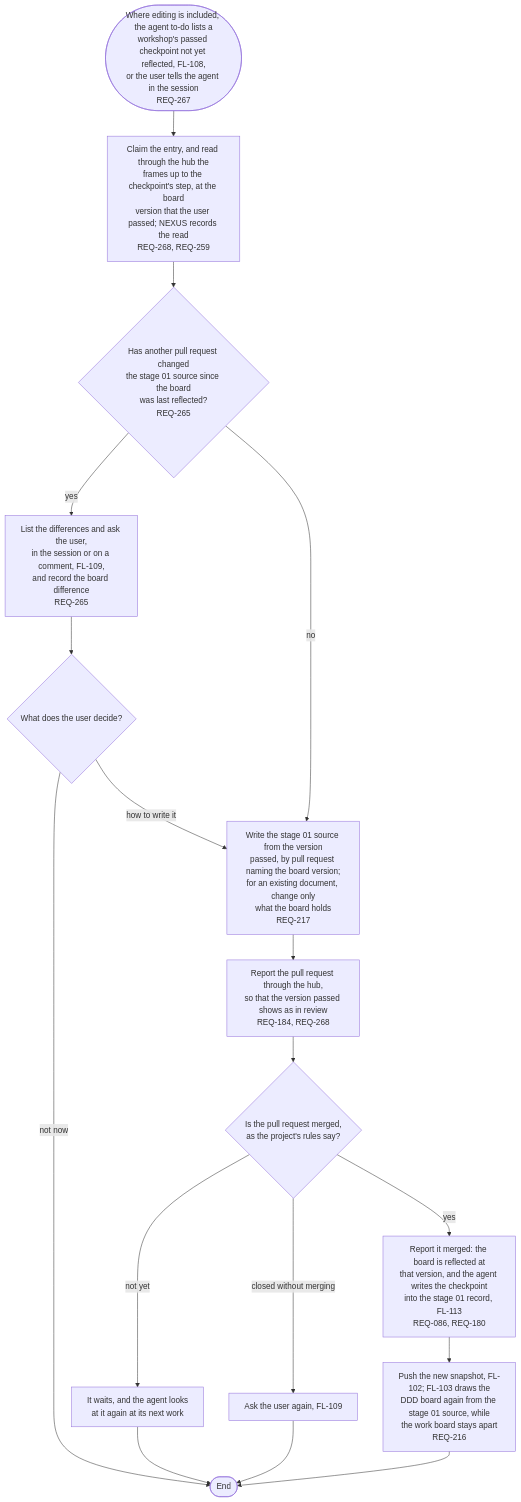
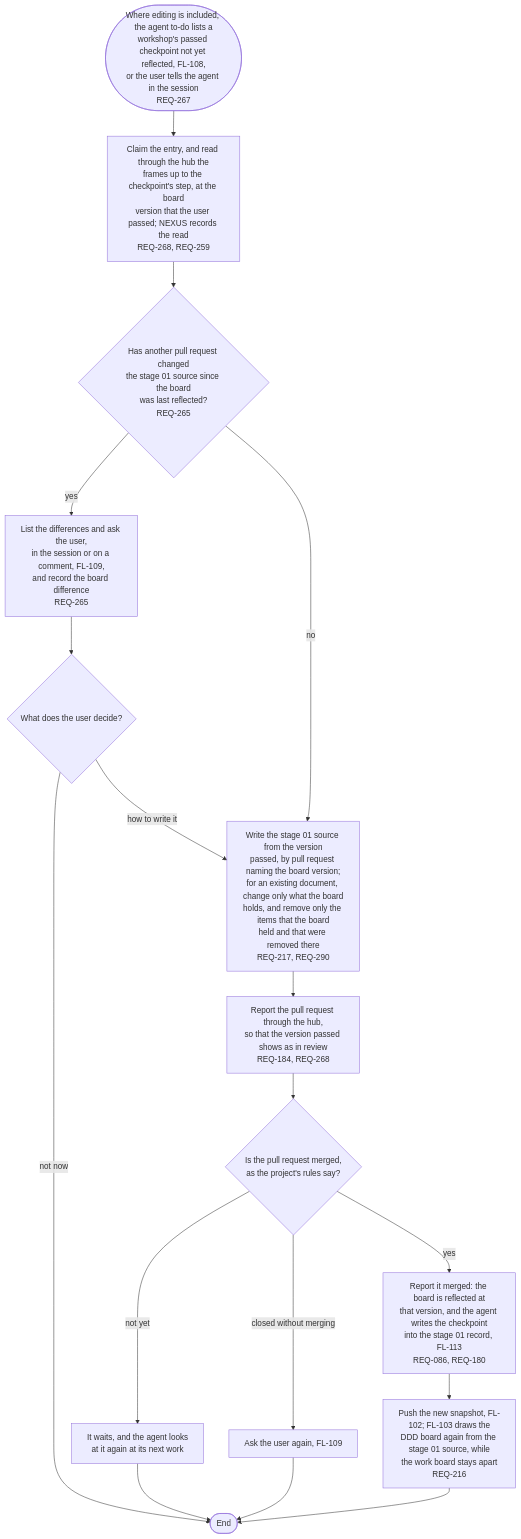
One commit to kodonghui/corthex-nexus changed the diagram in docs/03-user-flow/nexus/FL-126-reflect-a-workshop.md. Above: the diagram before and after it, drawn with Mermaid. The commit also changed other lines of this file and 43 other files, not shown here.

````diff
--- a/docs/03-user-flow/nexus/FL-126-reflect-a-workshop.md
+++ b/docs/03-user-flow/nexus/FL-126-reflect-a-workshop.md
@@ -9,19 +9,19 @@
 ```mermaid
 flowchart TD
   A(["Where editing is included, the agent to-do lists a<br/>workshop's passed checkpoint not yet reflected, FL-108,<br/>or the user tells the agent in the session<br/>REQ-267"]) --> B["Claim the entry, and read through the hub the<br/>frames up to the checkpoint's step, at the board<br/>version that the user passed; NEXUS records the read<br/>REQ-268, REQ-259"]
   B --> C{"Has another pull request changed<br/>the stage 01 source since the board<br/>was last reflected?<br/>REQ-265"}
   C -->|yes| C1["List the differences and ask the user,<br/>in the session or on a comment, FL-109,<br/>and record the board difference<br/>REQ-265"]
   C1 --> C2{"What does the user decide?"}
   C2 -->|not now| Z(["End"])
   C2 -->|how to write it| D
-  C -->|no| D["Write the stage 01 source from the version<br/>passed, by pull request naming the board version;<br/>for an existing document, change only<br/>what the board holds<br/>REQ-217"]
+  C -->|no| D["Write the stage 01 source from the version<br/>passed, by pull request naming the board version;<br/>for an existing document, change only what the board<br/>holds, and remove only the items that the board<br/>held and that were removed there<br/>REQ-217, REQ-290"]
   D --> E["Report the pull request through the hub,<br/>so that the version passed shows as in review<br/>REQ-184, REQ-268"]
   E --> F{"Is the pull request merged,<br/>as the project's rules say?"}
   F -->|not yet| F1["It waits, and the agent looks<br/>at it again at its next work"]
   F1 --> Z
   F -->|closed without merging| F2["Ask the user again, FL-109"]
   F2 --> Z
   F -->|yes| G["Report it merged: the board is reflected at<br/>that version, and the agent writes the checkpoint<br/>into the stage 01 record, FL-113<br/>REQ-086, REQ-180"]
   G --> H["Push the new snapshot, FL-102; FL-103 draws the<br/>DDD board again from the stage 01 source, while<br/>the work board stays apart<br/>REQ-216"]
   H --> Z
 ```
````
